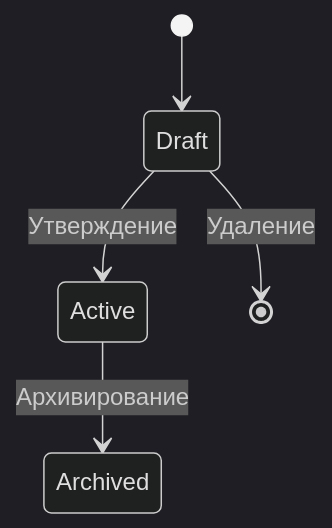
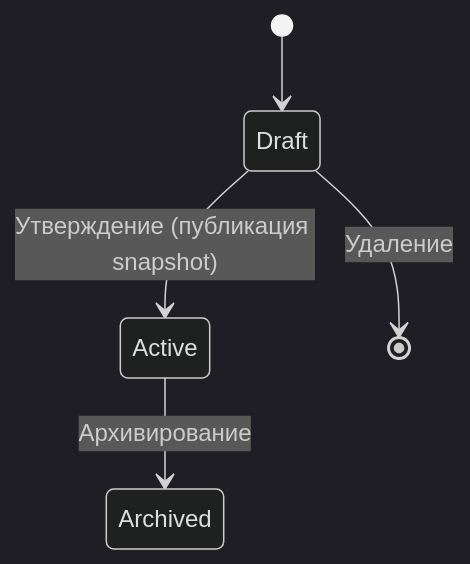
The first of 7 diagrams in README.md (SaintEfim/LIMS.DDD), drawn with Mermaid (dark theme) before and after one commit. The commit also changed other lines of this file and 70 other files, not shown here.

````diff
--- a/README.md
+++ b/README.md
@@ -27,9 +312,9 @@
 ```mermaid
 stateDiagram-v2
     [*] --> Draft
 
-    Draft --> Active : Утверждение
+    Draft --> Active : Утверждение (публикация snapshot)
     Draft --> [*] : Удаление
 
     Active --> Archived : Архивирование
 ```
````
